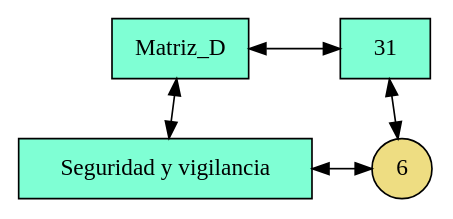
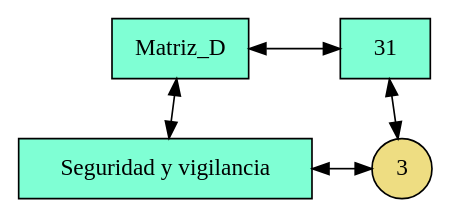
The diagram in frontend/src/assets/img/2020-07.dot (William58-0/201909103_ProyectoEDD), drawn with Graphviz before and after one commit. The commit also changed 44 other files, not shown here.

```diff
--- a/frontend/src/assets/img/2020-07.dot
+++ b/frontend/src/assets/img/2020-07.dot
@@ -1,16 +1,16 @@
 digraph {
 rankdir = BT;
 node [shape=rectangle style=filled];
 graph[ nodesep = 0.5];
 { rank=same; nodoMatriz_D; nodo31;}
  { rank=same; nodoSeguridad_y_vigilancia; nodo31Seguridad_y_vigilancia;}
  nodoMatriz_D [label="Matriz_D" fillcolor=aquamarine]
 nodo31 [label="31" fillcolor=aquamarine]
 nodoMatriz_D->nodo31 [dir=both]
 nodoSeguridad_y_vigilancia [label="Seguridad y vigilancia" fillcolor=aquamarine]
 nodoSeguridad_y_vigilancia->nodoMatriz_D [dir=both]
-nodo31Seguridad_y_vigilancia [label="6" shape=circle fillcolor=lightgoldenrod]
+nodo31Seguridad_y_vigilancia [label="3" shape=circle fillcolor=lightgoldenrod]
 nodo31Seguridad_y_vigilancia->nodo31 [dir=both]
 nodoSeguridad_y_vigilancia->nodo31Seguridad_y_vigilancia [constraint=false; dir=both]
 { rank=same; nodoMatriz_D; nodo31; }
  }
```
